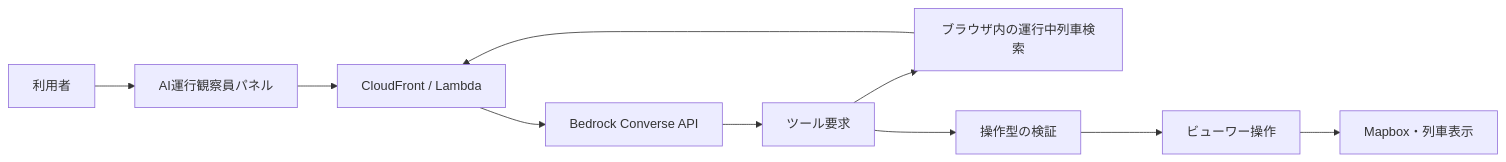
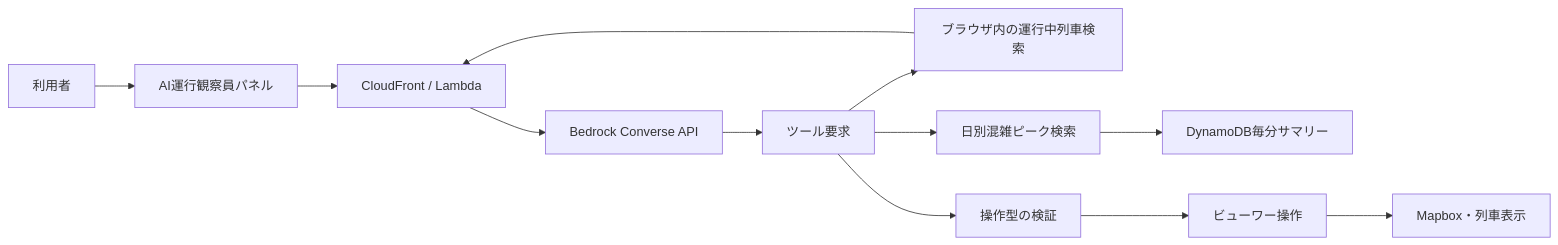
One commit to ymho/transitforge changed the diagram in docs/architecture/ai-operations-guide.md. Above: the diagram before and after it, drawn with Mermaid. The commit also changed other lines of this file and 16 other files, not shown here.

````diff
--- a/docs/architecture/ai-operations-guide.md
+++ b/docs/architecture/ai-operations-guide.md
@@ -17,12 +18,14 @@
 ```mermaid
 flowchart LR
   U[利用者] --> P[AI運行観察員パネル]
   P --> A[CloudFront / Lambda]
   A --> B[Bedrock Converse API]
   B --> T[ツール要求]
   T --> S[ブラウザ内の運行中列車検索]
+  T --> H[日別混雑ピーク検索]
+  H --> D[DynamoDB毎分サマリー]
   T --> V[操作型の検証]
   V --> C[ビューワー操作]
   C --> M[Mapbox・列車表示]
   S --> A
 ```
````
